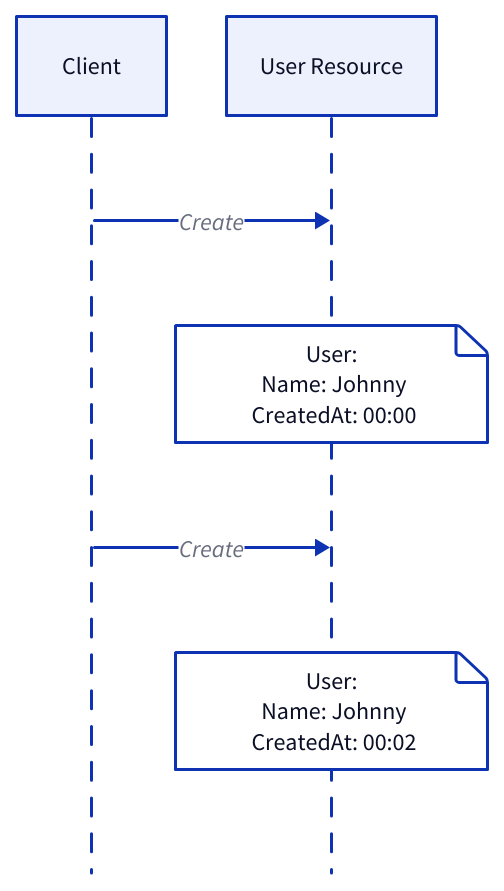
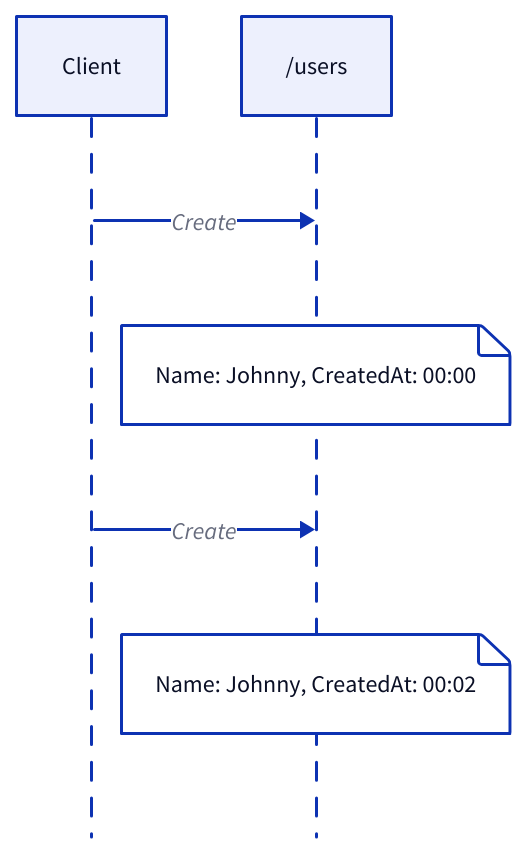
The sixth of 9 diagrams in content/docs/web-service/api-design/_index.md (link1905/system-design-101), drawn with D2 before and after one commit. The commit also changed other lines of this file and 49 other files, not shown here.

````diff
--- a/content/docs/web-service/api-design/_index.md
+++ b/content/docs/web-service/api-design/_index.md
@@ -272,24 +274,16 @@
 ```d2
 shape: sequence_diagram
 direction: right
 c: Client {
     class: client
 }
-u: User Resource
+u: "/users"
 c -> u: Create
 u {
-    f1: |||yaml
-    User:
-        Name: Johnny
-        CreatedAt: 00:00
-    |||
+    "Name: Johnny, CreatedAt: 00:00"
 }
 c -> u: Create
 u {
-    f3: |||yaml
-    User:
-        Name: Johnny
-        CreatedAt: 00:02
-    |||
+    "Name: Johnny, CreatedAt: 00:02"
 }
 ```
````
